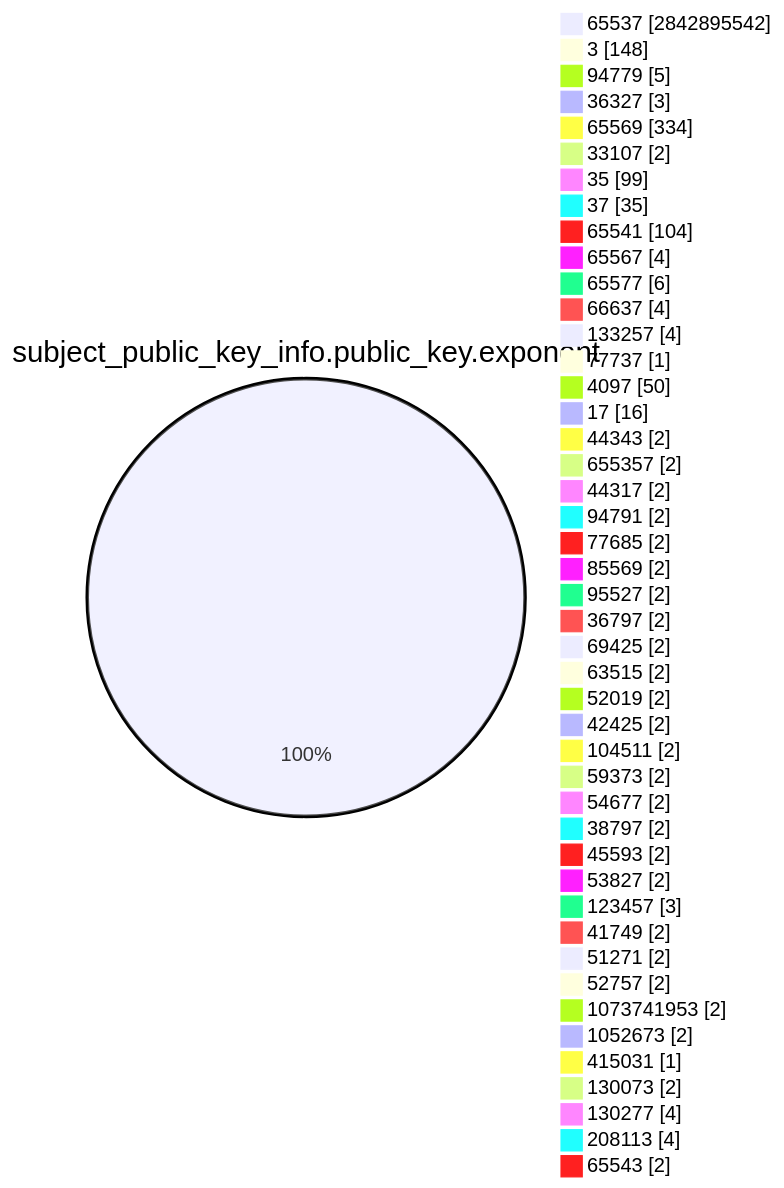
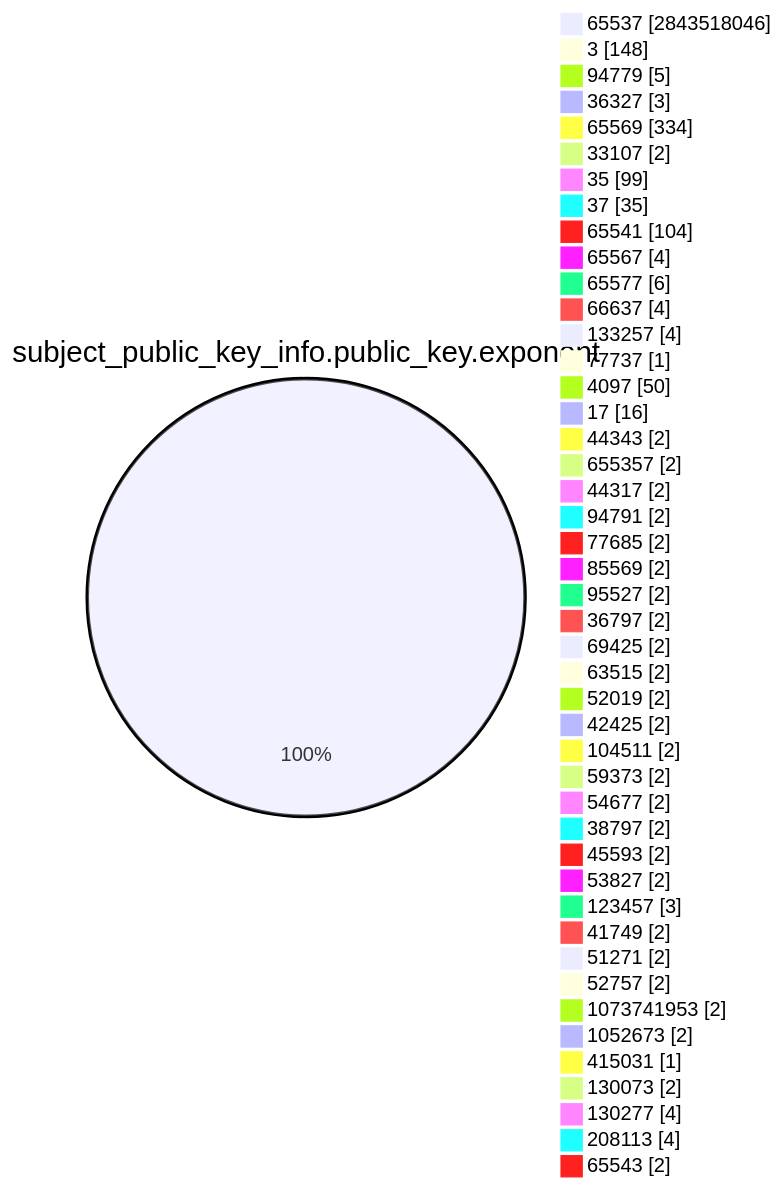
The fourth of 15 diagrams in TOTAL/README.md (christiankrug/ctmonitor_visualization), drawn with Mermaid before and after one commit. The commit also changed other lines of this file, not shown here.

````diff
--- a/TOTAL/README.md
+++ b/TOTAL/README.md
@@ -1468,49 +1468,49 @@
 ```mermaid
 pie showData
 title subject_public_key_info.public_key.exponent
-"65537" :2842895542
+"65537" :2843518046
 "3" :148
 "94779" :5
 "36327" :3
 "65569" :334
 "33107" :2
 "35" :99
 "37" :35
 "65541" :104
 "65567" :4
 "65577" :6
 "66637" :4
 "133257" :4
 "77737" :1
 "4097" :50
 "17" :16
 "44343" :2
 "655357" :2
 "44317" :2
 "94791" :2
 "77685" :2
 "85569" :2
 "95527" :2
 "36797" :2
 "69425" :2
 "63515" :2
 "52019" :2
 "42425" :2
 "104511" :2
 "59373" :2
 "54677" :2
 "38797" :2
 "45593" :2
 "53827" :2
 "123457" :3
 "41749" :2
 "51271" :2
 "52757" :2
 "1073741953" :2
 "1052673" :2
 "415031" :1
 "130073" :2
 "130277" :4
 "208113" :4
 "65543" :2
 ```
````
